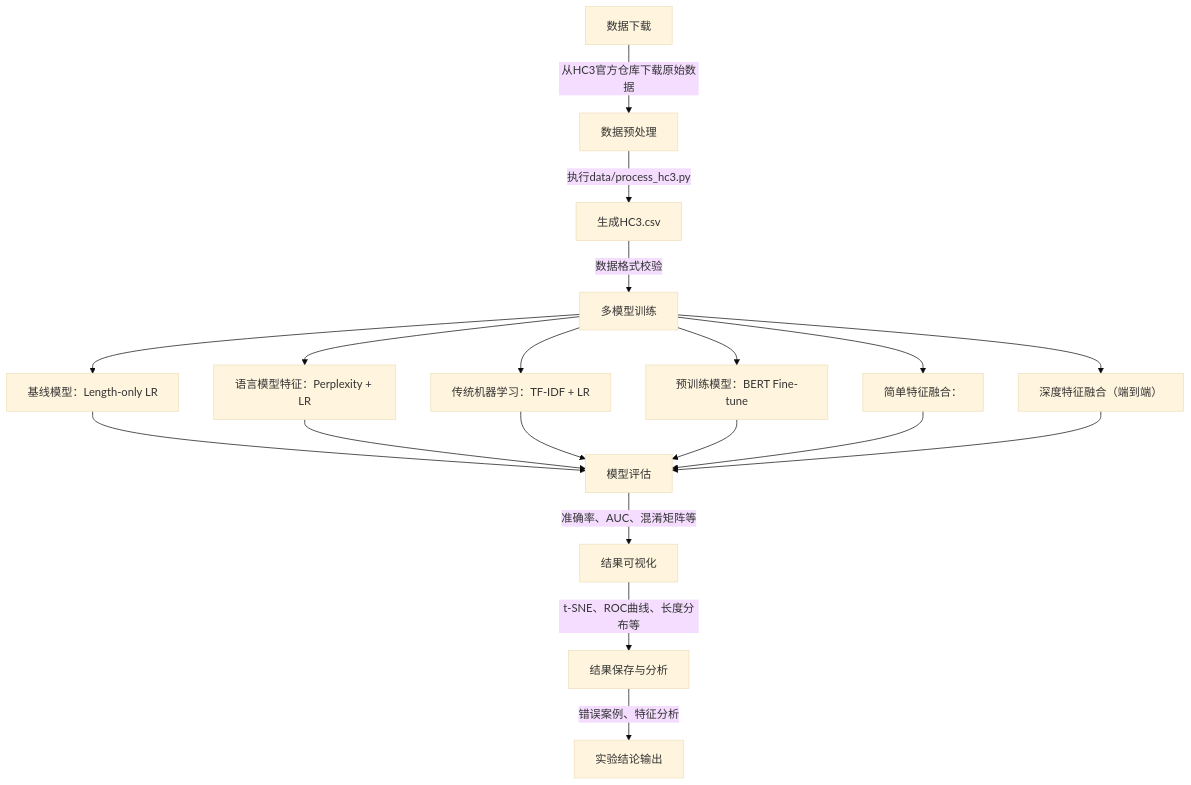
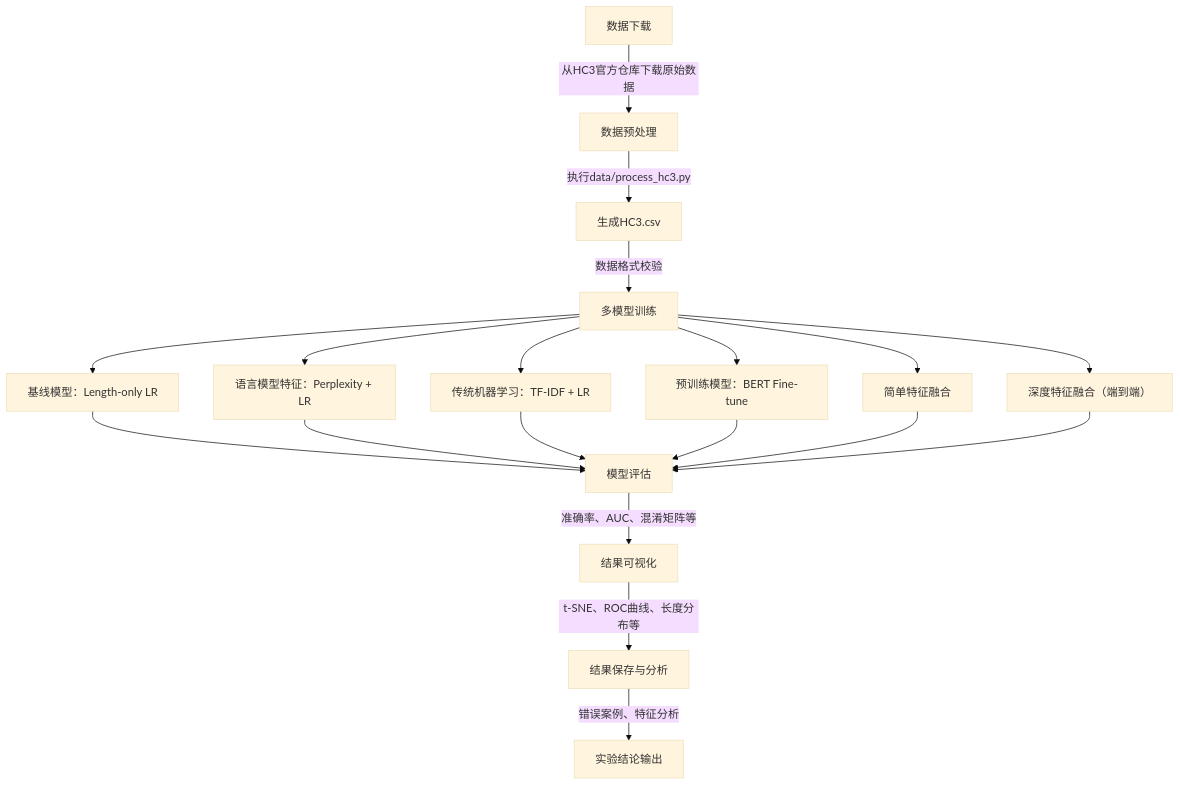
One commit to Chen-daydayup/AI-Text-Detection changed the diagram in README.md. Above: the diagram before and after it, drawn with Mermaid (base theme).

````diff
--- a/README.md
+++ b/README.md
@@ -31,16 +31,16 @@
 ```mermaid
 flowchart TD
     A[数据下载] -- 从HC3官方仓库下载原始数据 --> B[数据预处理]
     B -- 执行data/process_hc3.py --> B1[生成HC3.csv]
     B1 -- 数据格式校验 --> C[多模型训练]
     C --> C1[基线模型：Length-only LR]
     C --> C2[语言模型特征：Perplexity + LR]
     C --> C3[传统机器学习：TF-IDF + LR]
     C --> C4[预训练模型：BERT Fine-tune]
-    C --> C5[简单特征融合：]
+    C --> C5[简单特征融合]
     C --> C6[深度特征融合（端到端）]
     C1 & C2 & C3 & C4 & C5 & C6 --> D[模型评估]
     D -- 准确率、AUC、混淆矩阵等 --> E[结果可视化]
     E -- t-SNE、ROC曲线、长度分布等 --> F[结果保存与分析]
     F -- 错误案例、特征分析 --> G[实验结论输出]
 ```
````
